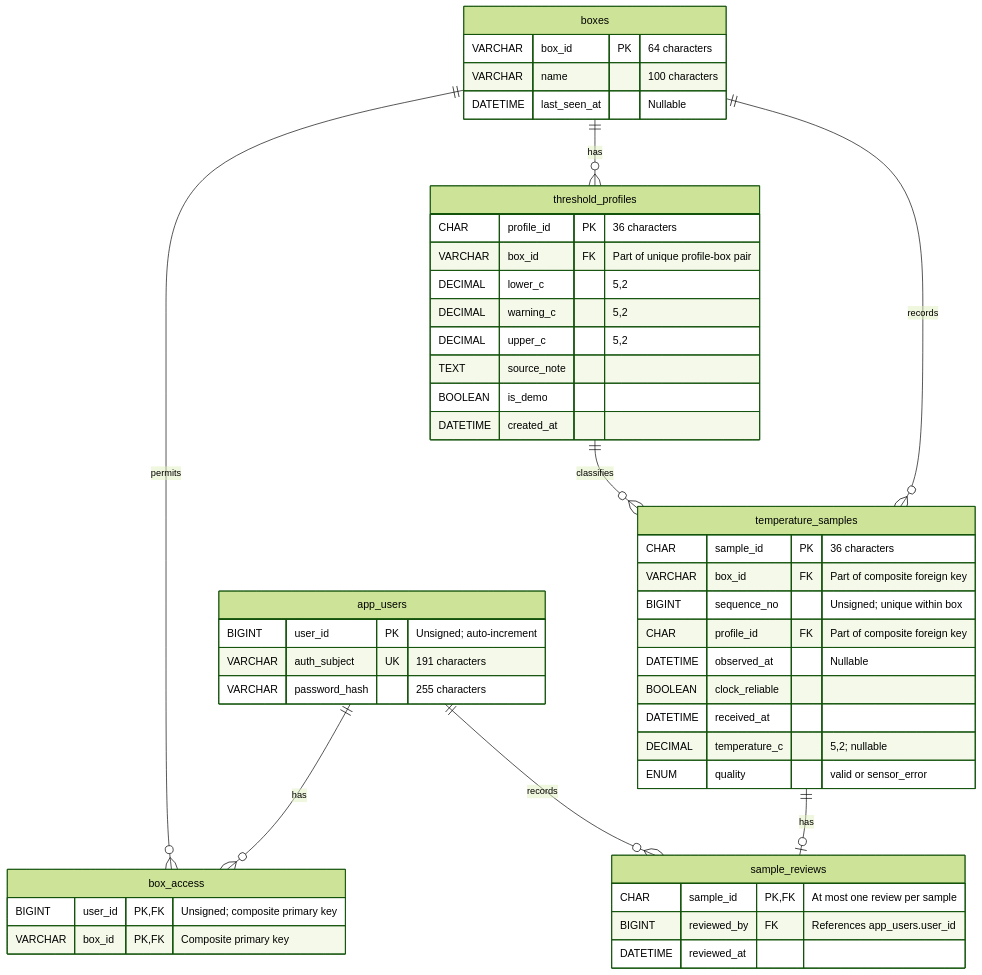
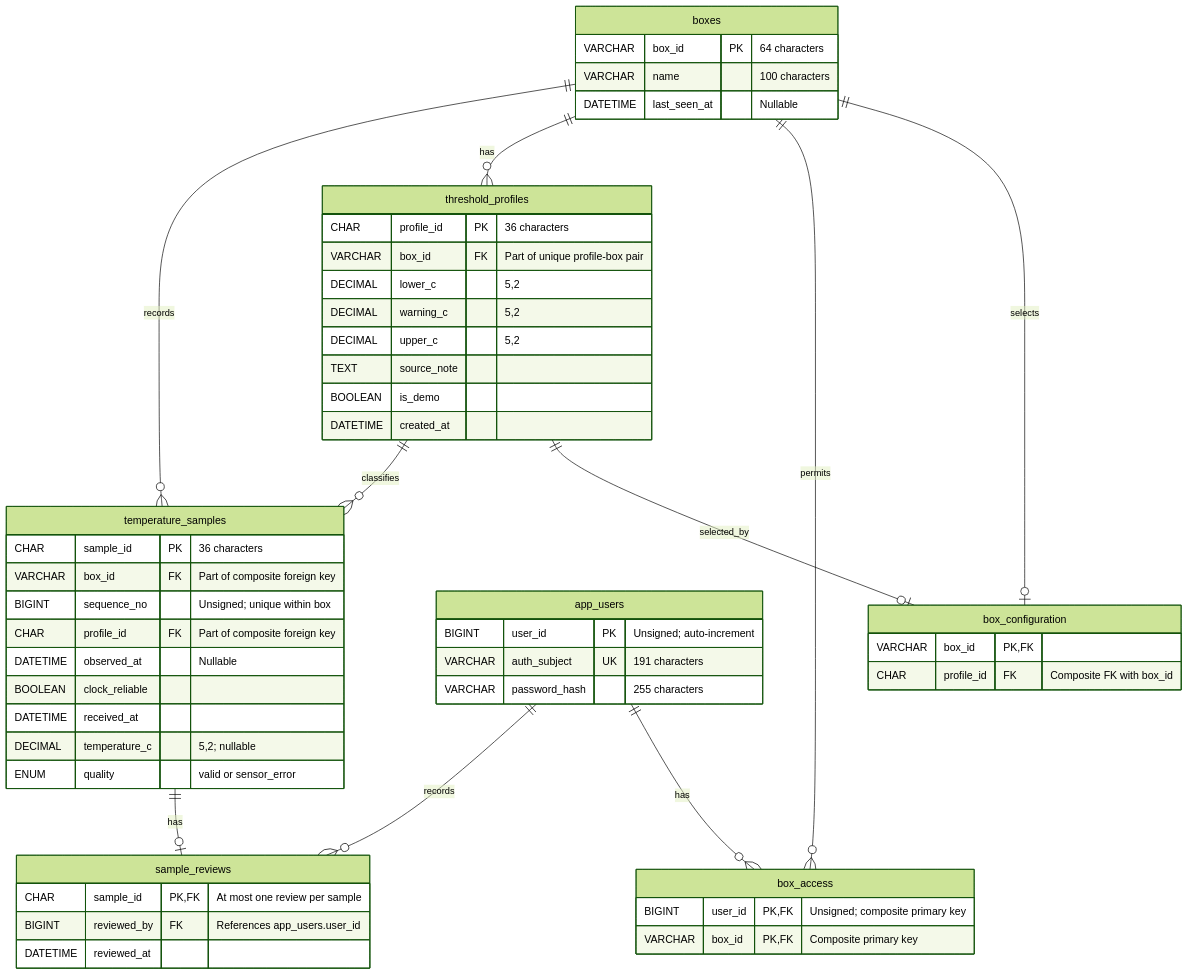
Before and after one commit to nikitsya/TempSafe: the diagram in docs/design/database-erd.md, drawn with Mermaid (forest theme). The commit also changed other lines of this file and 14 other files, not shown here.

````diff
--- a/docs/design/database-erd.md
+++ b/docs/design/database-erd.md
@@ -9,51 +9,57 @@
 ```mermaid
 erDiagram
+    boxes ||--o| box_configuration : selects
+    threshold_profiles ||--o| box_configuration : selected_by
     app_users ||--o{ box_access : has
     boxes ||--o{ box_access : permits
     boxes ||--o{ threshold_profiles : has
     boxes ||--o{ temperature_samples : records
     threshold_profiles ||--o{ temperature_samples : classifies
     temperature_samples ||--o| sample_reviews : has
     app_users ||--o{ sample_reviews : records
 
+    box_configuration {
+        VARCHAR box_id PK, FK
+        CHAR profile_id FK "Composite FK with box_id"
+    }
     app_users {
         BIGINT user_id PK "Unsigned; auto-increment"
         VARCHAR auth_subject UK "191 characters"
         VARCHAR password_hash "255 characters"
     }
     boxes {
         VARCHAR box_id PK "64 characters"
         VARCHAR name "100 characters"
         DATETIME last_seen_at "Nullable"
     }
     box_access {
         BIGINT user_id PK, FK "Unsigned; composite primary key"
         VARCHAR box_id PK, FK "Composite primary key"
     }
     threshold_profiles {
         CHAR profile_id PK "36 characters"
         VARCHAR box_id FK "Part of unique profile-box pair"
         DECIMAL lower_c "5,2"
         DECIMAL warning_c "5,2"
         DECIMAL upper_c "5,2"
         TEXT source_note
         BOOLEAN is_demo
         DATETIME created_at
     }
     temperature_samples {
         CHAR sample_id PK "36 characters"
         VARCHAR box_id FK "Part of composite foreign key"
         BIGINT sequence_no "Unsigned; unique within box"
         CHAR profile_id FK "Part of composite foreign key"
         DATETIME observed_at "Nullable"
         BOOLEAN clock_reliable
         DATETIME received_at
         DECIMAL temperature_c "5,2; nullable"
         ENUM quality "valid or sensor_error"
     }
     sample_reviews {
         CHAR sample_id PK, FK "At most one review per sample"
         BIGINT reviewed_by FK "References app_users.user_id"
         DATETIME reviewed_at
     }
 ```
````
